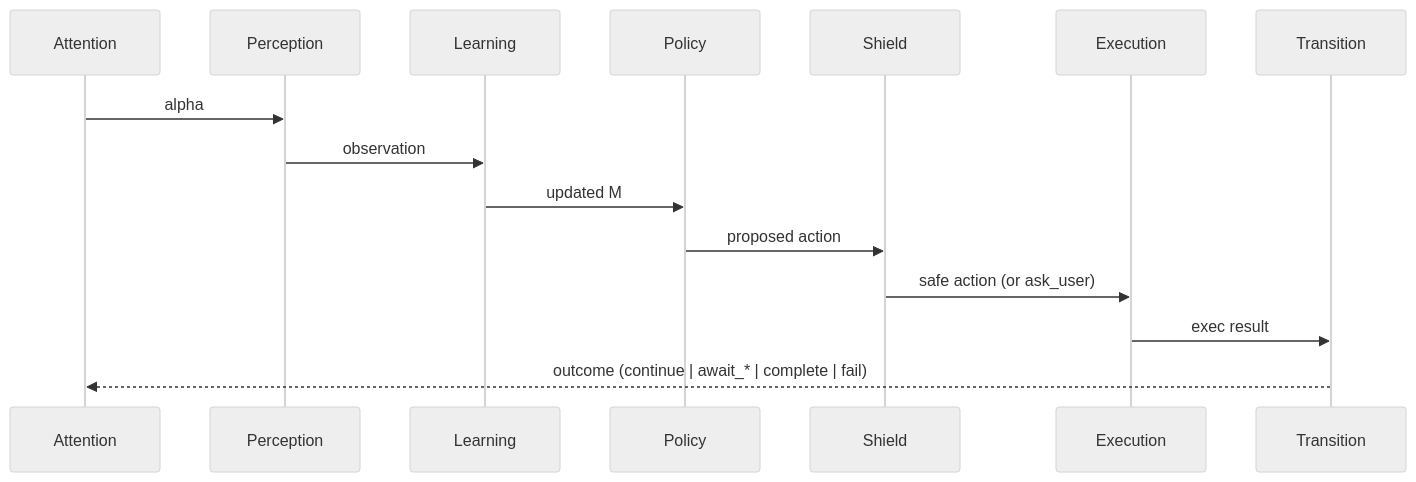
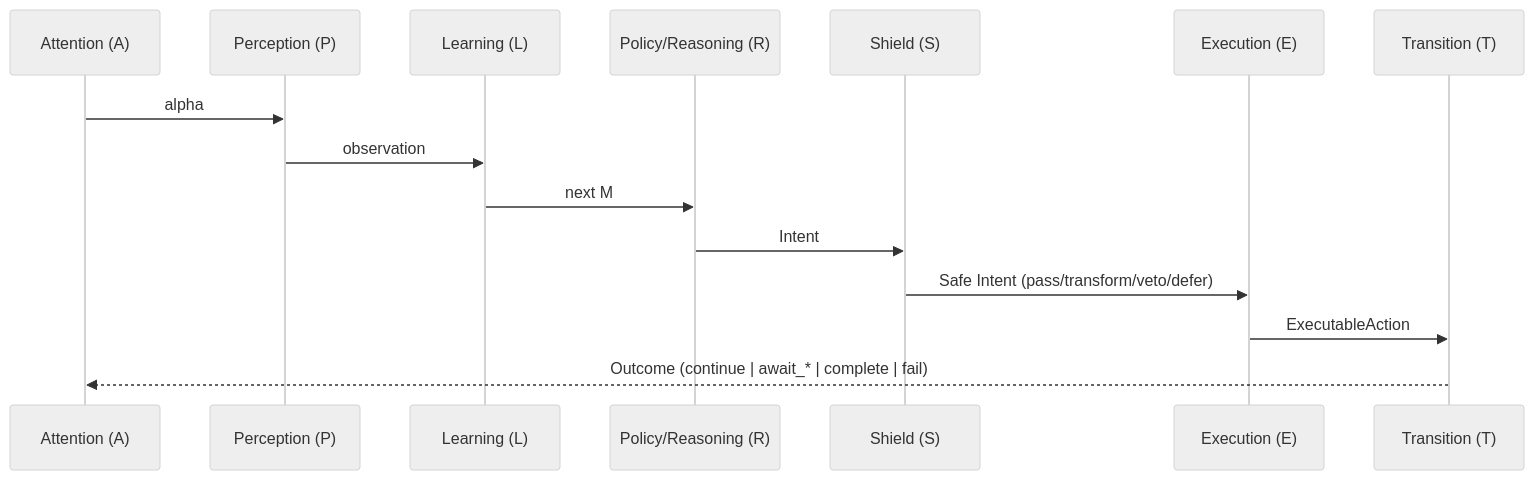
Before and after one commit to a2arium/callAgent: the first of 2 diagrams in apps/docs/loop/modules.md, drawn with Mermaid (neutral theme). The commit also changed other lines of this file and 13 other files, not shown here.

````diff
--- a/apps/docs/loop/modules.md
+++ b/apps/docs/loop/modules.md
@@ -10,17 +16,17 @@
 ```mermaid
 sequenceDiagram
-  participant A as Attention
-  participant P as Perception
-  participant L as Learning
-  participant Pi as Policy
-  participant S as Shield
-  participant E as Execution
-  participant T as Transition
+  participant A as Attention (A)
+  participant P as Perception (P)
+  participant L as Learning (L)
+  participant R as Policy/Reasoning (R)
+  participant S as Shield (S)
+  participant E as Execution (E)
+  participant T as Transition (T)
   A->>P: alpha
   P->>L: observation
-  L->>Pi: updated M
-  Pi->>S: proposed action
-  S->>E: safe action (or ask_user)
-  E->>T: exec result
-  T-->>A: outcome (continue | await_* | complete | fail)
+  L->>R: next M
+  R->>S: Intent
+  S->>E: Safe Intent (pass/transform/veto/defer)
+  E->>T: ExecutableAction
+  T-->>A: Outcome (continue | await_* | complete | fail)
 ```
````
